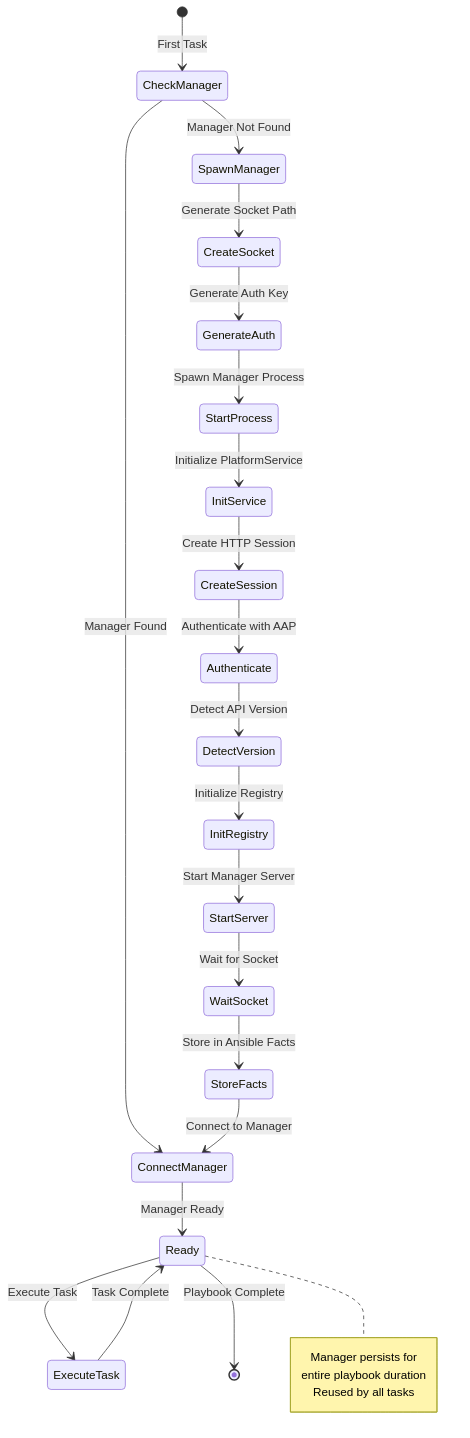
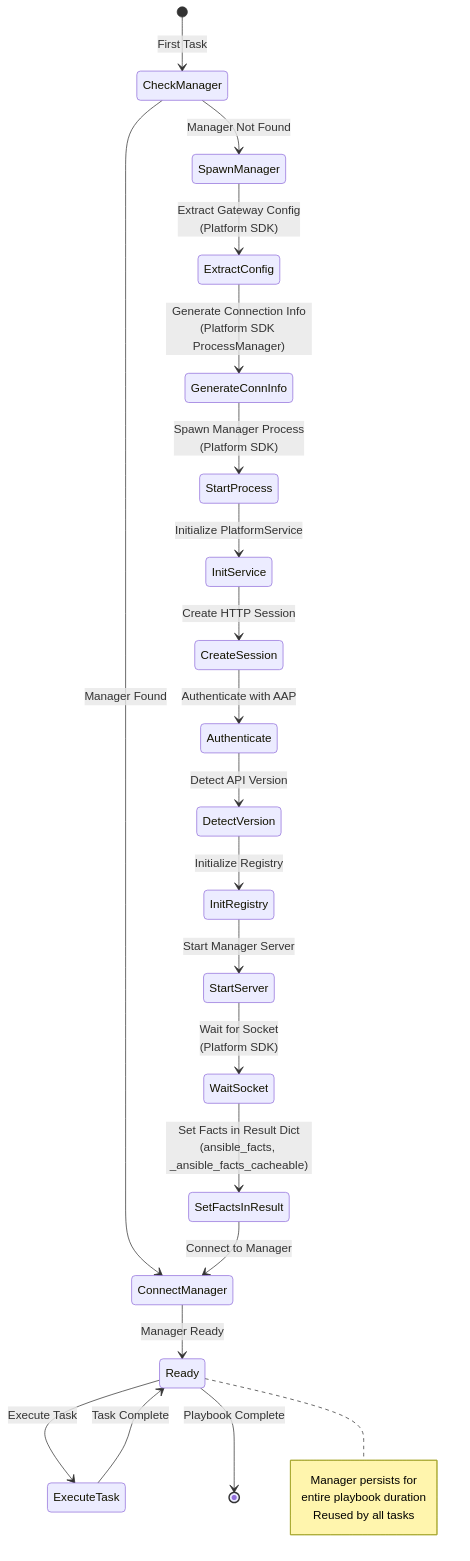
The fourth of 12 diagrams in docs/ARCHITECTURE_DIAGRAMS.md (ansible/ansible.platform), drawn with Mermaid before and after one commit. The commit also changed other lines of this file and 19 other files, not shown here.

````diff
--- a/docs/ARCHITECTURE_DIAGRAMS.md
+++ b/docs/ARCHITECTURE_DIAGRAMS.md
@@ -175,33 +181,33 @@
 ```mermaid
 stateDiagram-v2
     [*] --> CheckManager: First Task
     
     CheckManager --> SpawnManager: Manager Not Found
     CheckManager --> ConnectManager: Manager Found
     
-    SpawnManager --> CreateSocket: Generate Socket Path
-    CreateSocket --> GenerateAuth: Generate Auth Key
-    GenerateAuth --> StartProcess: Spawn Manager Process
+    SpawnManager --> ExtractConfig: Extract Gateway Config<br/>(Platform SDK)
+    ExtractConfig --> GenerateConnInfo: Generate Connection Info<br/>(Platform SDK ProcessManager)
+    GenerateConnInfo --> StartProcess: Spawn Manager Process<br/>(Platform SDK)
     StartProcess --> InitService: Initialize PlatformService
     InitService --> CreateSession: Create HTTP Session
     CreateSession --> Authenticate: Authenticate with AAP
     Authenticate --> DetectVersion: Detect API Version
     DetectVersion --> InitRegistry: Initialize Registry
     InitRegistry --> StartServer: Start Manager Server
-    StartServer --> WaitSocket: Wait for Socket
-    WaitSocket --> StoreFacts: Store in Ansible Facts
-    StoreFacts --> ConnectManager: Connect to Manager
+    StartServer --> WaitSocket: Wait for Socket<br/>(Platform SDK)
+    WaitSocket --> SetFactsInResult: Set Facts in Result Dict<br/>(ansible_facts, _ansible_facts_cacheable)
+    SetFactsInResult --> ConnectManager: Connect to Manager
     
     ConnectManager --> Ready: Manager Ready
     
     Ready --> ExecuteTask: Execute Task
     ExecuteTask --> Ready: Task Complete
     
     Ready --> [*]: Playbook Complete
     
     note right of Ready
         Manager persists for
         entire playbook duration
         Reused by all tasks
     end note
 ```
````
